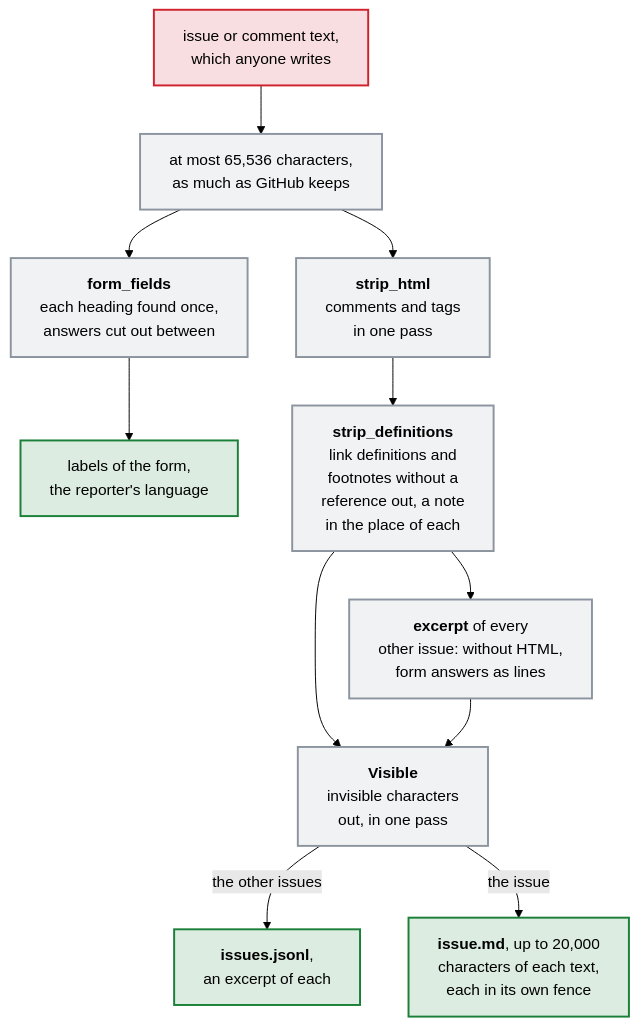
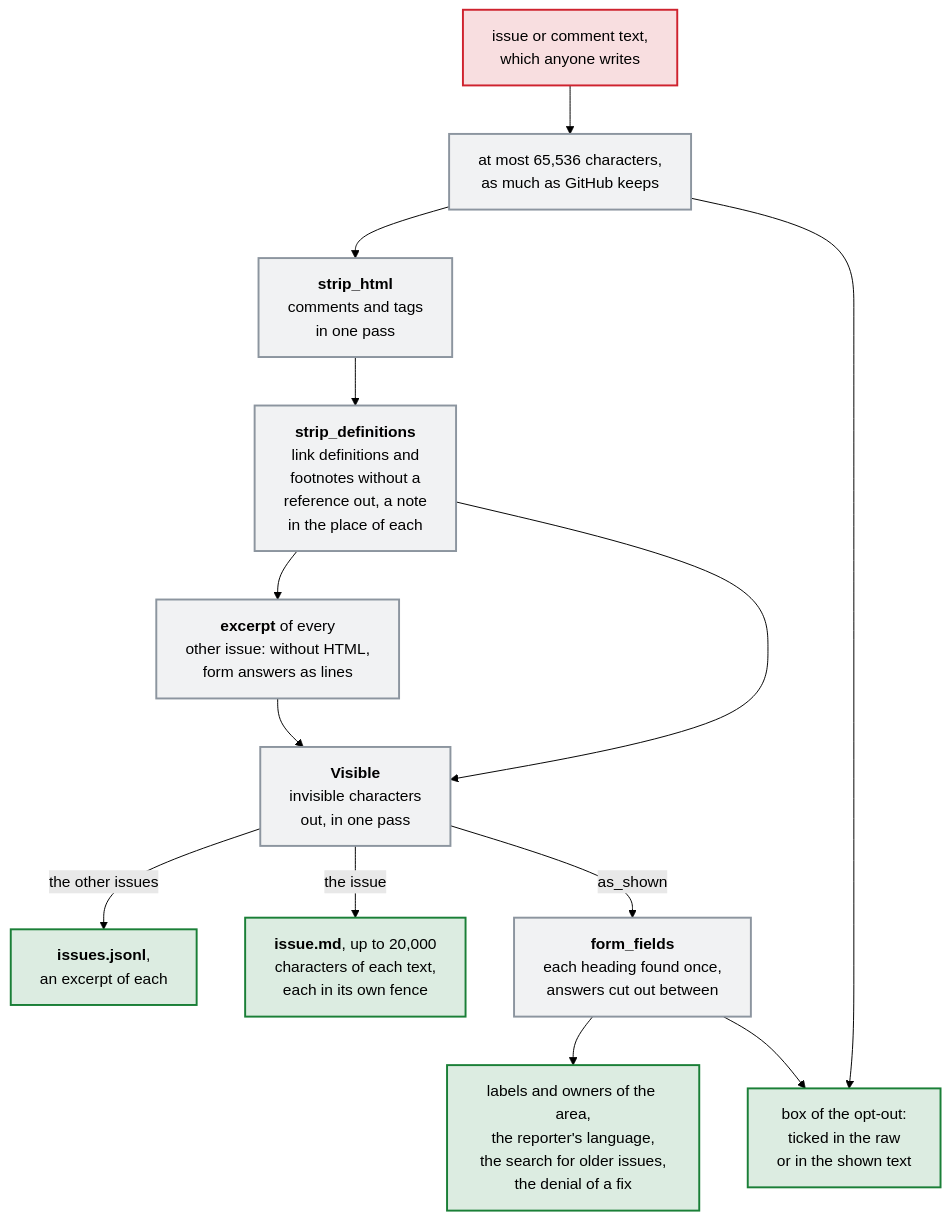
One commit to Dennis-Otto/issue-assistant changed the diagram in docs/diagrams/how-the-assistant-reads-the-text-of-an-issue.mmd. Above: the diagram before and after it, drawn with Mermaid (forest theme). The commit also changed 13 other files, not shown here.

First line of the commit message:
fix: decide the search, the language and the area from what GitHub shows (#496)

```diff
--- a/docs/diagrams/how-the-assistant-reads-the-text-of-an-issue.mmd
+++ b/docs/diagrams/how-the-assistant-reads-the-text-of-an-issue.mmd
@@ -1,19 +1,21 @@
 flowchart TB
   accTitle: How the assistant reads the text of an issue
-  accDescr: The text of an issue or a comment, which anyone can write, is read up to GitHub's 65,536 characters. The answers of a form are cut out between their headings, which are found once; from them come the labels of the form and the reporter's language. For the AI, the HTML goes first, comments and tags in one pass, then the link reference definitions and the footnotes without a reference, which GitHub shows as nothing as well, each with a note in its place, for issue.md and for an excerpt of each other issue, whose form answers then become lines. Then the characters that GitHub shows as nothing go, in one pass, after the HTML, so that none can end an HTML comment that GitHub never ends. The excerpts go into issues.jsonl, and issue.md holds up to 20,000 characters of each text in a code fence that the text can't close.
+  accDescr: The text of an issue or a comment, which anyone can write, is read up to GitHub's 65,536 characters. The HTML goes first, comments and tags in one pass, then the link reference definitions and the footnotes without a reference, which GitHub shows as nothing as well, each with a note in its place, for issue.md and for an excerpt of each other issue, whose form answers then become lines. Then the characters that GitHub shows as nothing go, in one pass, after the HTML, so that none can end an HTML comment that GitHub never ends. The excerpts go into issues.jsonl, and issue.md holds up to 20,000 characters of each text in a code fence that the text can't close. What the assistant decides from the reporter's words, the labels and owners of the area, the reporter's language, the search for older issues and the denial of a fix, it decides from this same shown text, whose form answers are cut out between their headings, which are found once. Only the box of the opt-out reads the raw text as well: it counts as ticked when it is ticked in the raw or in the shown text.
   text["issue or comment text,<br>which anyone writes"] --> cap["at most 65,536 characters,<br>as much as GitHub keeps"]
-  cap --> forms["`**form_fields**<br>each heading found once,<br>answers cut out between`"]
-  forms --> event["labels of the form,<br>the reporter's language"]
   cap --> html["`**strip_html**<br>comments and tags<br>in one pass`"]
   html --> definitions["`**strip_definitions**<br>link definitions and<br>footnotes without a<br>reference out, a note<br>in the place of each`"]
   definitions --> excerpt["`**excerpt** of every<br>other issue: without HTML,<br>form answers as lines`"]
   definitions --> visible["`**Visible**<br>invisible characters<br>out, in one pass`"]
   excerpt --> visible
   visible -- "the other issues" --> jsonl["`**issues.jsonl**,<br>an excerpt of each`"]
   visible -- "the issue" --> issue["`**issue.md**, up to 20,000<br>characters of each text,<br>each in its own fence`"]
+  visible -- "as_shown" --> forms["`**form_fields**<br>each heading found once,<br>answers cut out between`"]
+  forms --> event["labels and owners of the area,<br>the reporter's language,<br>the search for older issues,<br>the denial of a fix"]
+  cap --> box["box of the opt-out:<br>ticked in the raw<br>or in the shown text"]
+  forms --> box
   classDef untrusted fill:#cf222e26,stroke:#cf222e,stroke-width:2px
   classDef job fill:#8c959f1f,stroke:#8c959f,stroke-width:2px
   classDef safe fill:#1a7f3726,stroke:#1a7f37,stroke-width:2px
   class text untrusted
   class cap,forms,excerpt,html,definitions,visible job
-  class event,jsonl,issue safe
+  class event,box,jsonl,issue safe
```
